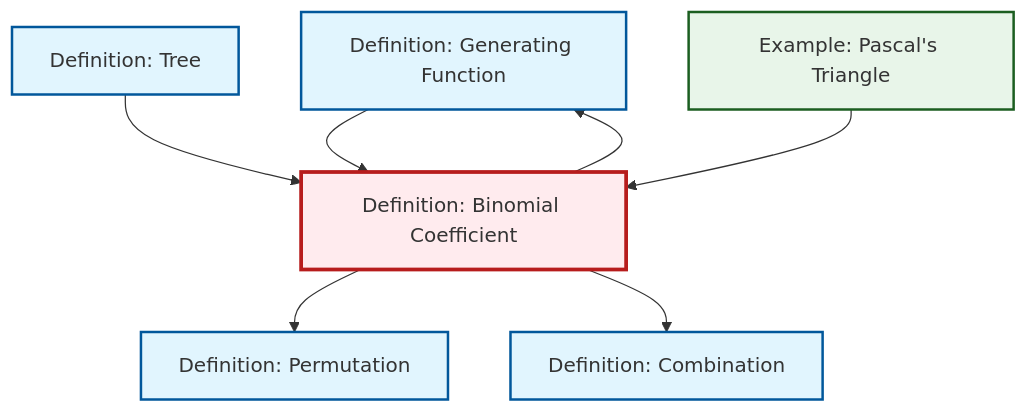
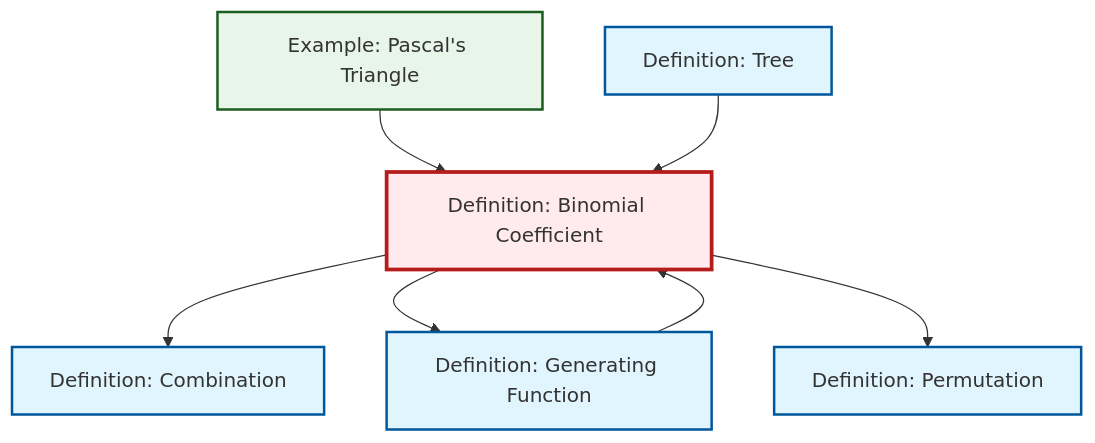
One commit to RK0429/ModernMath changed the diagram in content/en/combinatorics/def-binomial-coefficient.qmd. Above: the diagram before and after it, drawn with Mermaid. The commit also changed other lines of this file and 597 other files, not shown here.

````diff
--- a/content/en/combinatorics/def-binomial-coefficient.qmd
+++ b/content/en/combinatorics/def-binomial-coefficient.qmd
@@ -66,27 +66,27 @@
 ```{mermaid}
 %%| fig-cap: "Local dependency graph"
 graph TD
     classDef definition fill:#e1f5fe,stroke:#01579b,stroke-width:2px
     classDef theorem fill:#f3e5f5,stroke:#4a148c,stroke-width:2px
     classDef axiom fill:#fff3e0,stroke:#e65100,stroke-width:2px
     classDef example fill:#e8f5e9,stroke:#1b5e20,stroke-width:2px
     classDef current fill:#ffebee,stroke:#b71c1c,stroke-width:3px
+    def-combination["Definition: Combination"]:::definition
+    def-binomial-coefficient["Definition: Binomial Coefficient"]:::definition
     def-generating-function["Definition: Generating Function"]:::definition
-    def-combination["Definition: Combination"]:::definition
-    def-tree["Definition: Tree"]:::definition
-    def-binomial-coefficient["Definition: Binomial Coefficient"]:::definition
     ex-pascals-triangle["Example: Pascal's Triangle"]:::example
     def-permutation["Definition: Permutation"]:::definition
+    def-tree["Definition: Tree"]:::definition
+    def-binomial-coefficient --> def-combination
+    def-binomial-coefficient --> def-generating-function
+    ex-pascals-triangle --> def-binomial-coefficient
+    def-binomial-coefficient --> def-permutation
     def-generating-function --> def-binomial-coefficient
-    def-binomial-coefficient --> def-permutation
-    def-binomial-coefficient --> def-generating-function
-    def-binomial-coefficient --> def-combination
     def-tree --> def-binomial-coefficient
-    ex-pascals-triangle --> def-binomial-coefficient
     class def-binomial-coefficient current
+    click def-combination "def-combination.html" "Go to Combination definition"
     click def-generating-function "def-generating-function.html" "Go to Generating Function definition"
-    click def-combination "def-combination.html" "Go to Combination definition"
-    click def-tree "def-tree.html" "Go to Tree definition"
     click ex-pascals-triangle "ex-pascals-triangle.html" "Go to Pascal's Triangle example"
     click def-permutation "def-permutation.html" "Go to Permutation definition"
+    click def-tree "def-tree.html" "Go to Tree definition"
 ```
````
